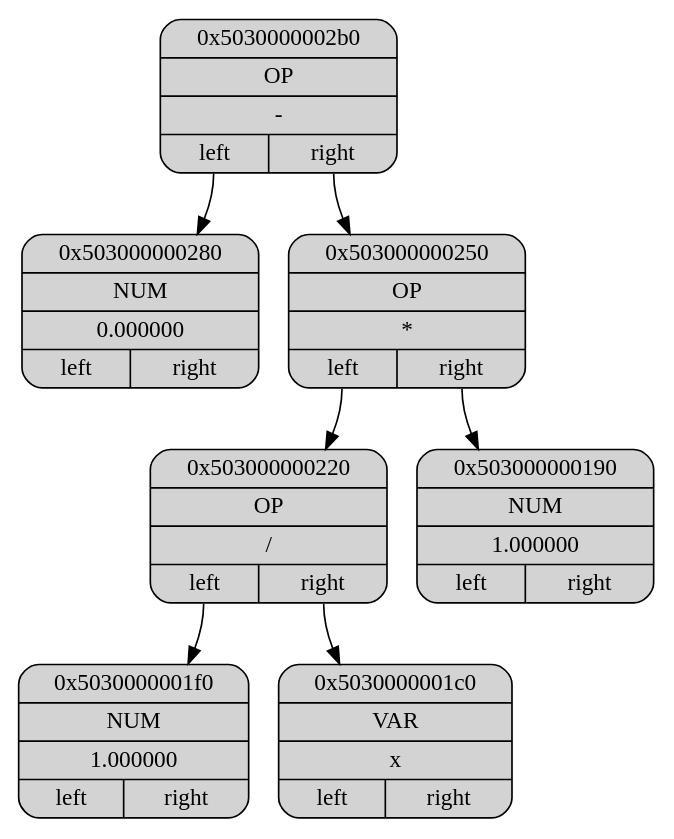
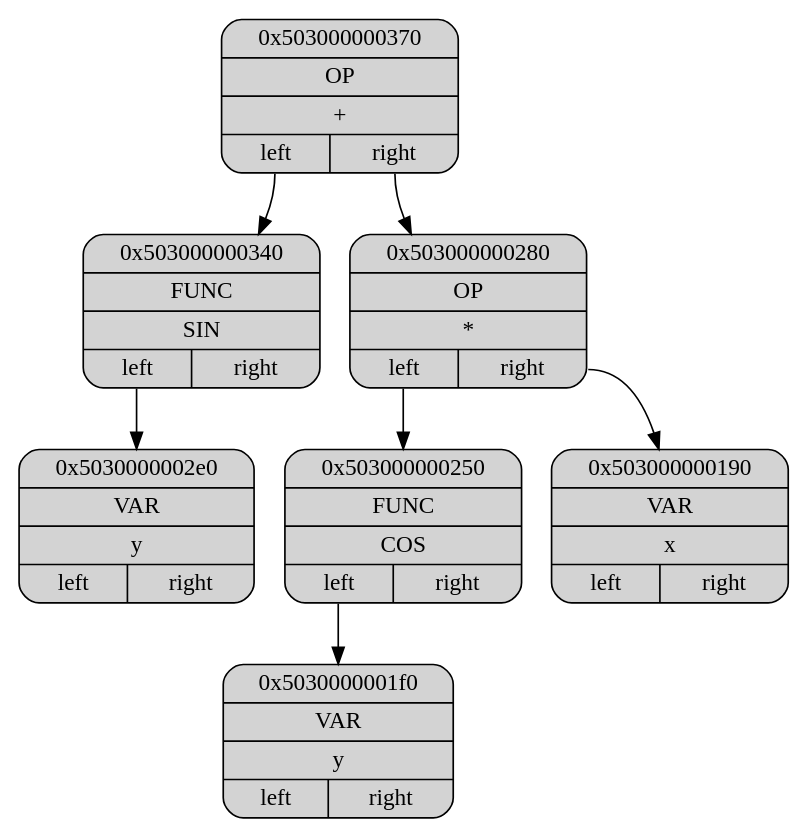
Before and after one commit to ashqqy/Differentiation: the diagram in Dump/dump.dot, drawn with Graphviz. The commit also changed 13 other files, not shown here.

```diff
--- a/Dump/dump.dot
+++ b/Dump/dump.dot
@@ -1,19 +1,19 @@
 digraph G
 {
 node[shape="record", style="rounded, filled"];
 
-p0x5030000002b0[label = "{ <ptr> 0x5030000002b0 |<type> OP | <data>-| { <l>left|<r>right } }"];
-p0x503000000280[label = "{ <ptr> 0x503000000280 |<type> NUM | <data>0.000000| { <l>left|<r>right } }"];
-p0x503000000250[label = "{ <ptr> 0x503000000250 |<type> OP | <data>*| { <l>left|<r>right } }"];
-p0x503000000220[label = "{ <ptr> 0x503000000220 |<type> OP | <data>/| { <l>left|<r>right } }"];
-p0x5030000001f0[label = "{ <ptr> 0x5030000001f0 |<type> NUM | <data>1.000000| { <l>left|<r>right } }"];
-p0x5030000001c0[label = "{ <ptr> 0x5030000001c0 |<type> VAR | <data>x| { <l>left|<r>right } }"];
-p0x503000000190[label = "{ <ptr> 0x503000000190 |<type> NUM | <data>1.000000| { <l>left|<r>right } }"];
+p0x503000000370[label = "{ <ptr> 0x503000000370 |<type> OP | <data>+| { <l>left|<r>right } }"];
+p0x503000000340[label = "{ <ptr> 0x503000000340 |<type> FUNC | <data>SIN| { <l>left|<r>right } }"];
+p0x5030000002e0[label = "{ <ptr> 0x5030000002e0 |<type> VAR | <data>y| { <l>left|<r>right } }"];
+p0x503000000280[label = "{ <ptr> 0x503000000280 |<type> OP | <data>*| { <l>left|<r>right } }"];
+p0x503000000250[label = "{ <ptr> 0x503000000250 |<type> FUNC | <data>COS| { <l>left|<r>right } }"];
+p0x5030000001f0[label = "{ <ptr> 0x5030000001f0 |<type> VAR | <data>y| { <l>left|<r>right } }"];
+p0x503000000190[label = "{ <ptr> 0x503000000190 |<type> VAR | <data>x| { <l>left|<r>right } }"];
 
-p0x5030000002b0:<l> -> p0x503000000280
-p0x5030000002b0:<r> -> p0x503000000250
-p0x503000000250:<l> -> p0x503000000220
-p0x503000000220:<l> -> p0x5030000001f0
-p0x503000000220:<r> -> p0x5030000001c0
-p0x503000000250:<r> -> p0x503000000190
+p0x503000000370:<l> -> p0x503000000340
+p0x503000000340:<l> -> p0x5030000002e0
+p0x503000000370:<r> -> p0x503000000280
+p0x503000000280:<l> -> p0x503000000250
+p0x503000000250:<l> -> p0x5030000001f0
+p0x503000000280:<r> -> p0x503000000190
 }
```
